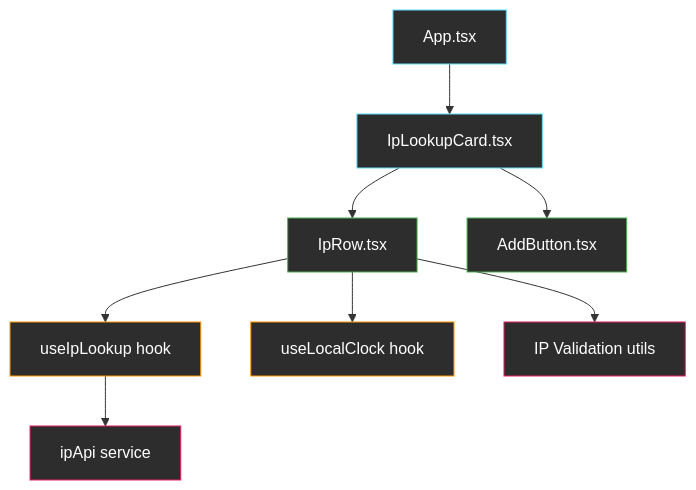
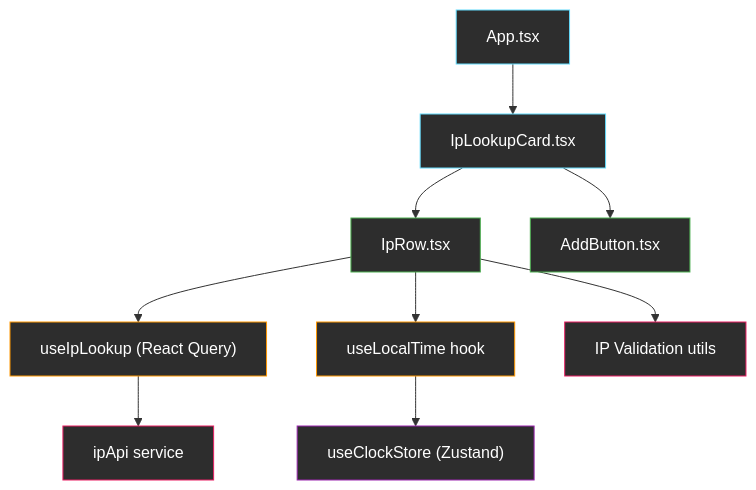
One commit to codeHamster9/IP-Lookup changed the first of 2 diagrams in IMPLEMENTATION_PLAN_REACT.md. Above: the diagram before and after it, drawn with Mermaid. The commit also changed other lines of this file, not shown here.

````diff
--- a/IMPLEMENTATION_PLAN_REACT.md
+++ b/IMPLEMENTATION_PLAN_REACT.md
@@ -48,19 +50,21 @@
 ```mermaid
 graph TD
     A["App.tsx"] --> B["IpLookupCard.tsx"]
     B --> C["IpRow.tsx"]
     B --> D["AddButton.tsx"]
-    C --> E["useIpLookup hook"]
-    C --> F["useLocalClock hook"]
+    C --> E["useIpLookup (React Query)"]
+    C --> F["useLocalTime hook"]
+    F --> I["useClockStore (Zustand)"]
     E --> G["ipApi service"]
     C --> H["IP Validation utils"]
 
     style A fill:#2d2d2d,stroke:#61dafb,color:#fff
     style B fill:#2d2d2d,stroke:#61dafb,color:#fff
     style C fill:#2d2d2d,stroke:#4caf50,color:#fff
     style D fill:#2d2d2d,stroke:#4caf50,color:#fff
     style E fill:#2d2d2d,stroke:#ff9800,color:#fff
     style F fill:#2d2d2d,stroke:#ff9800,color:#fff
+    style I fill:#2d2d2d,stroke:#9c27b0,color:#fff
     style G fill:#2d2d2d,stroke:#e91e63,color:#fff
     style H fill:#2d2d2d,stroke:#e91e63,color:#fff
 ```
````
